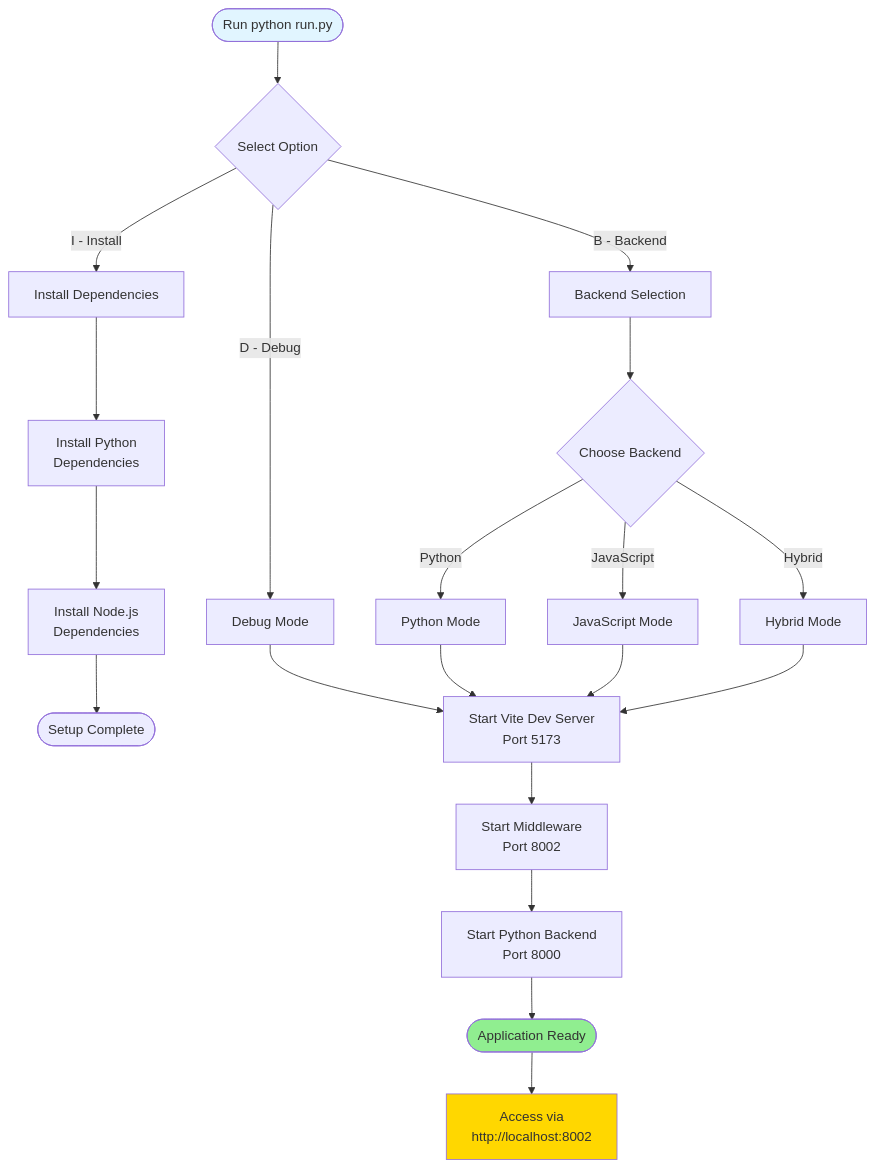
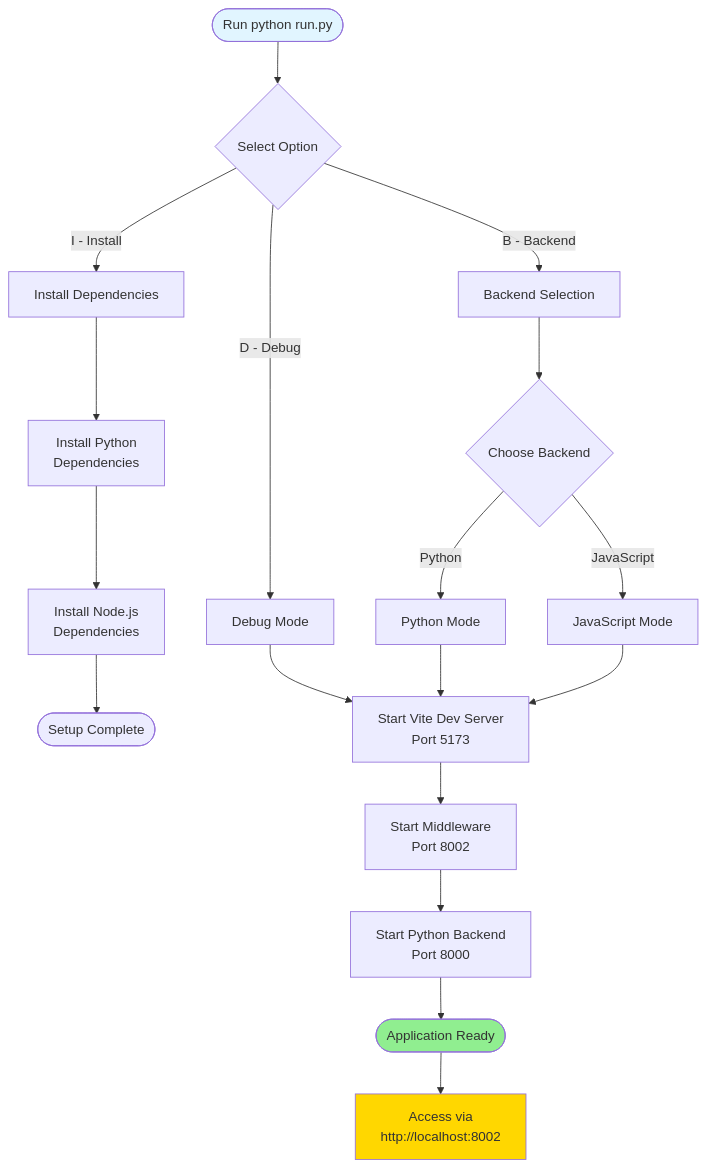
The first of 2 diagrams in docs/SETUP.md (sunyhydralab/QView3D), drawn with Mermaid before and after one commit. The commit also changed other lines of this file and 4 other files, not shown here.

First line of the commit message:
docs: remove hybrid mode from all documentation

````diff
--- a/docs/SETUP.md
+++ b/docs/SETUP.md
@@ -45,32 +44,30 @@
 ```mermaid
 flowchart TB
     Start([Run python run.py]) --> Menu{Select Option}
 
     Menu -->|I - Install| Install[Install Dependencies]
     Menu -->|D - Debug| Debug[Debug Mode]
     Menu -->|B - Backend| Backend[Backend Selection]
 
     Install --> PyDeps[Install Python<br/>Dependencies]
     PyDeps --> NodeDeps[Install Node.js<br/>Dependencies]
     NodeDeps --> Done([Setup Complete])
 
     Debug --> StartVite[Start Vite Dev Server<br/>Port 5173]
     StartVite --> StartMiddleware[Start Middleware<br/>Port 8002]
     StartMiddleware --> StartPython[Start Python Backend<br/>Port 8000]
     StartPython --> Ready([Application Ready])
 
     Backend --> Choice{Choose Backend}
     Choice -->|Python| PythonMode[Python Mode]
     Choice -->|JavaScript| JSMode[JavaScript Mode]
-    Choice -->|Hybrid| HybridMode[Hybrid Mode]
 
     PythonMode --> StartVite
     JSMode --> StartVite
-    HybridMode --> StartVite
 
     Ready --> Access[Access via<br/>http://localhost:8002]
 
     style Start fill:#e1f5ff
     style Ready fill:#90ee90
     style Access fill:#ffd700
 ```
````
